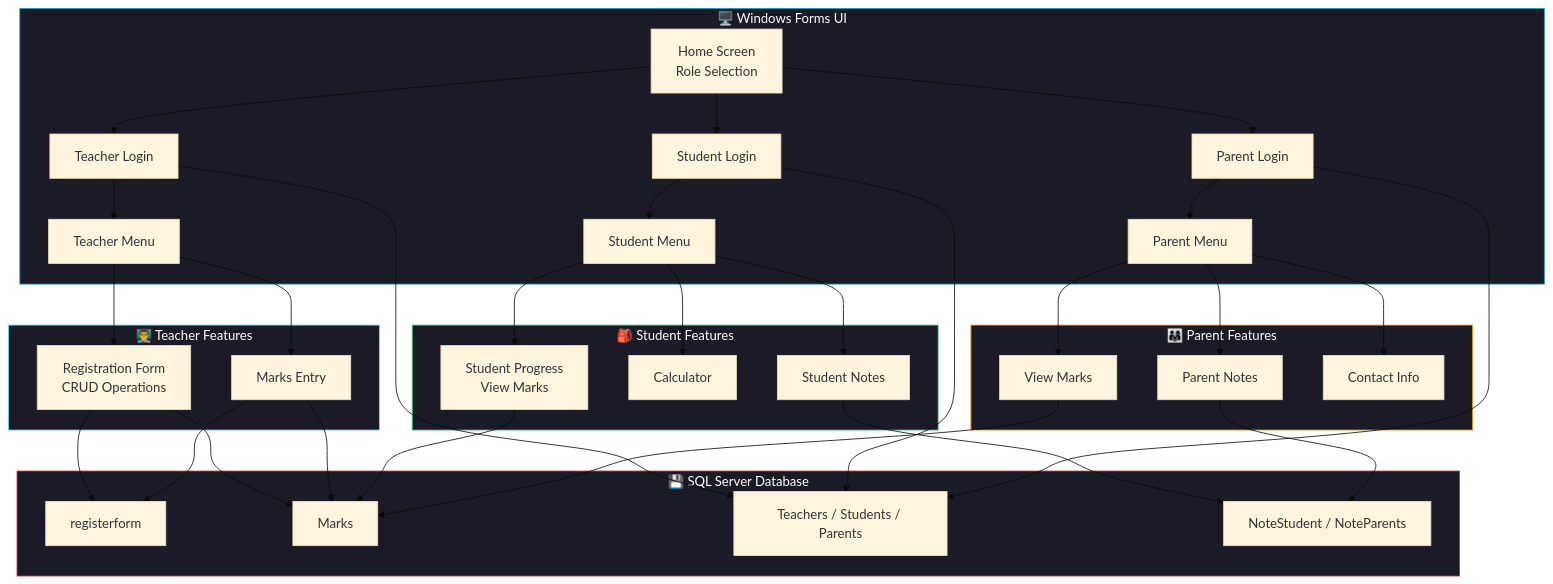
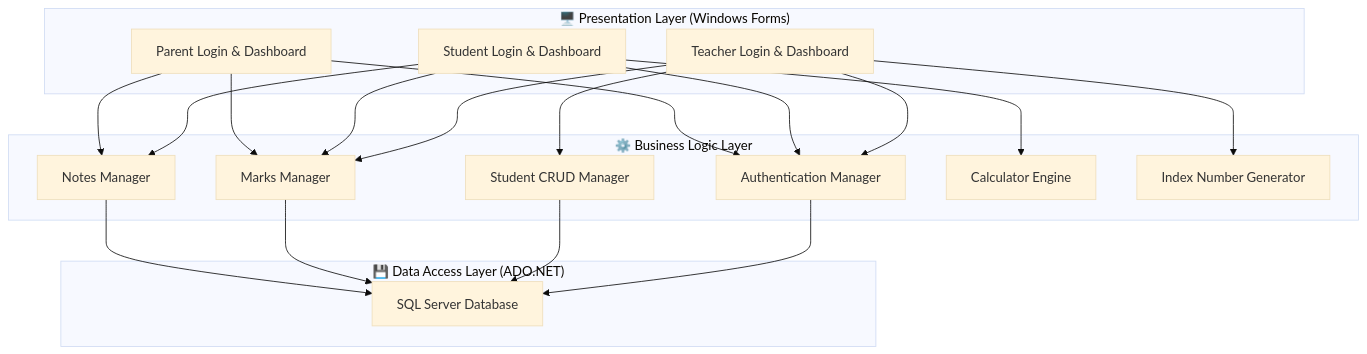
One commit to ShelumHansana/Student-Management-System changed the first of 2 diagrams in README.md. Above: the diagram before and after it, drawn with Mermaid (base theme). The commit also changed other lines of this file, not shown here.

Commit message:
docs: enhanced README with architecture diagram, ER schema, VS setup guide, and default credentials

````diff
--- a/README.md
+++ b/README.md
@@ -102,52 +103,37 @@
 ```mermaid
 graph TB
-    subgraph UI["🖥️ Windows Forms UI"]
-        Home[Home Screen<br/>Role Selection]
-        TL[Teacher Login]
-        SL[Student Login]
-        PL[Parent Login]
-        TM[Teacher Menu]
-        SM[Student Menu]
-        PM[Parent Menu]
+    subgraph Presentation["🖥️ Presentation Layer (Windows Forms)"]
+        TL["Teacher Login & Dashboard"]
+        SL["Student Login & Dashboard"]
+        PL["Parent Login & Dashboard"]
     end
 
-    subgraph Teacher["👨‍🏫 Teacher Features"]
-        RF[Registration Form<br/>CRUD Operations]
-        ME[Marks Entry]
+    subgraph Business["⚙️ Business Logic Layer"]
+        Auth["Authentication Manager"]
+        CRUD["Student CRUD Manager"]
+        Marks["Marks Manager"]
+        Notes["Notes Manager"]
+        Calc["Calculator Engine"]
+        IDGen["Index Number Generator"]
     end
 
-    subgraph Student["🎒 Student Features"]
-        SP[Student Progress<br/>View Marks]
-        SC[Calculator]
-        SN[Student Notes]
+    subgraph Data["💾 Data Access Layer (ADO.NET)"]
+        DB["SQL Server Database"]
     end
 
-    subgraph Parent["👨‍👩‍👧 Parent Features"]
-        MP[View Marks]
-        PN[Parent Notes]
-        CI[Contact Info]
-    end
-
-    subgraph Data["💾 SQL Server Database"]
-        DB1[registerform]
-        DB2[Marks]
-        DB3[Teachers / Students / Parents]
-        DB4[NoteStudent / NoteParents]
-    end
-
-    Home --> TL & SL & PL
-    TL --> TM --> RF & ME
-    SL --> SM --> SP & SC & SN
-    PL --> PM --> MP & PN & CI
-    RF & ME --> DB1 & DB2
-    SP & MP --> DB2
-    SN --> DB4
-    PN --> DB4
-    TL & SL & PL --> DB3
-
-    style UI fill:#1a1b27,stroke:#2193b0,color:#fff
-    style Teacher fill:#1a1b27,stroke:#6dd5ed,color:#fff
-    style Student fill:#1a1b27,stroke:#48c774,color:#fff
-    style Parent fill:#1a1b27,stroke:#f39c12,color:#fff
-    style Data fill:#1a1b27,stroke:#cc2927,color:#fff
+    TL --> Auth
+    SL --> Auth
+    PL --> Auth
+    TL --> CRUD
+    TL --> Marks
+    TL --> IDGen
+    SL --> Marks
+    SL --> Notes
+    SL --> Calc
+    PL --> Marks
+    PL --> Notes
+    Auth --> DB
+    CRUD --> DB
+    Marks --> DB
+    Notes --> DB
 ```
````
